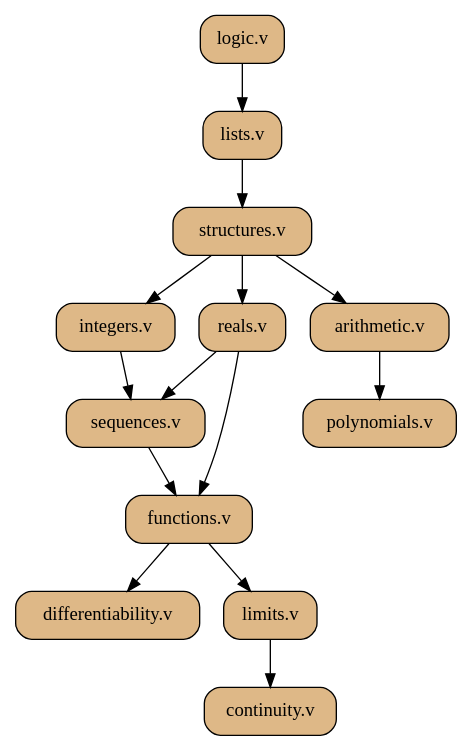
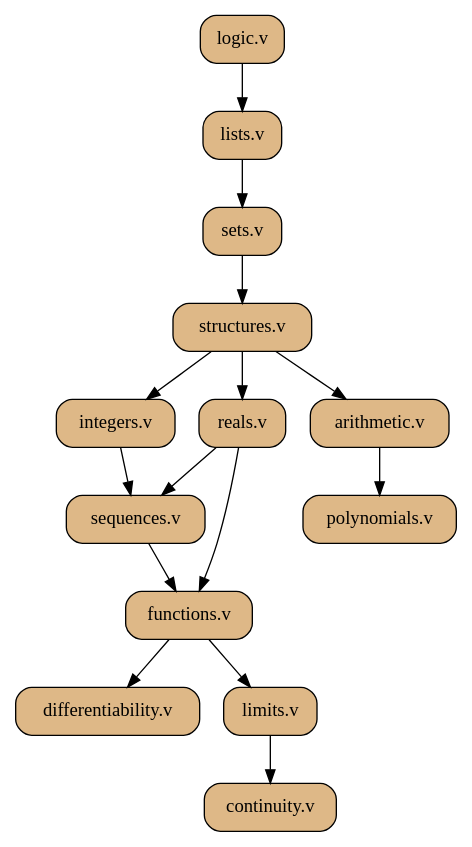
The diagram in doc/hierarchy.dot (QuanticPotato/SAMPL), drawn with Graphviz before and after one commit. The commit also changed 3 other files, not shown here.

```diff
--- a/doc/hierarchy.dot
+++ b/doc/hierarchy.dot
@@ -1,27 +1,29 @@
 digraph g{
 	logic [label="logic.v", shape=box, fillcolor="burlywood", style="filled,rounded"];
 	lists [label="lists.v", shape=box, fillcolor="burlywood", style="filled,rounded"];
+	sets [label="sets.v", shape=box, fillcolor="burlywood", style="filled,rounded"];
 	structures [label="structures.v", shape=box, fillcolor="burlywood", style="filled,rounded"];
 	integers [label="integers.v", shape=box, fillcolor="burlywood", style="filled,rounded"];
 	reals [label="reals.v", shape=box, fillcolor="burlywood", style="filled,rounded"];
 	functions [label="functions.v", shape=box, fillcolor="burlywood", style="filled,rounded"];
 	differentiability [label="differentiability.v", shape=box, fillcolor="burlywood", style="filled,rounded"];
 	polynomials [label="polynomials.v", shape=box, fillcolor="burlywood", style="filled,rounded"];
 	sequences [label="sequences.v", shape=box, fillcolor="burlywood", style="filled,rounded"];
 	limits [label="limits.v", shape=box, fillcolor="burlywood", style="filled,rounded"];
 	continuity [label="continuity.v", shape=box, fillcolor="burlywood", style="filled,rounded"];
 	arithmetic [label="arithmetic.v", shape=box, fillcolor="burlywood", style="filled,rounded"];
 	logic -> lists
-	lists -> structures
+	lists -> sets
+	sets -> structures
 	structures -> reals
 	structures -> arithmetic
 	structures -> integers
 	arithmetic -> polynomials
 	integers -> sequences
 	reals -> sequences
 	sequences -> functions
 	reals -> functions
 	functions -> differentiability
 	functions -> limits
 	limits -> continuity
 }
```
